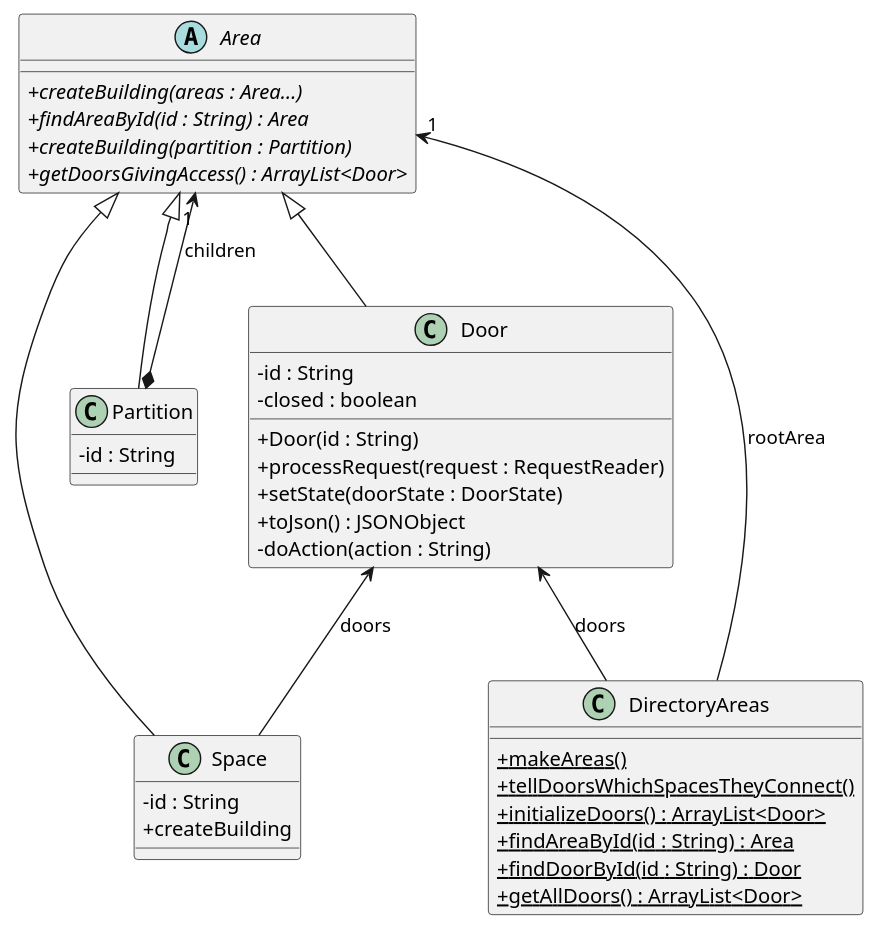
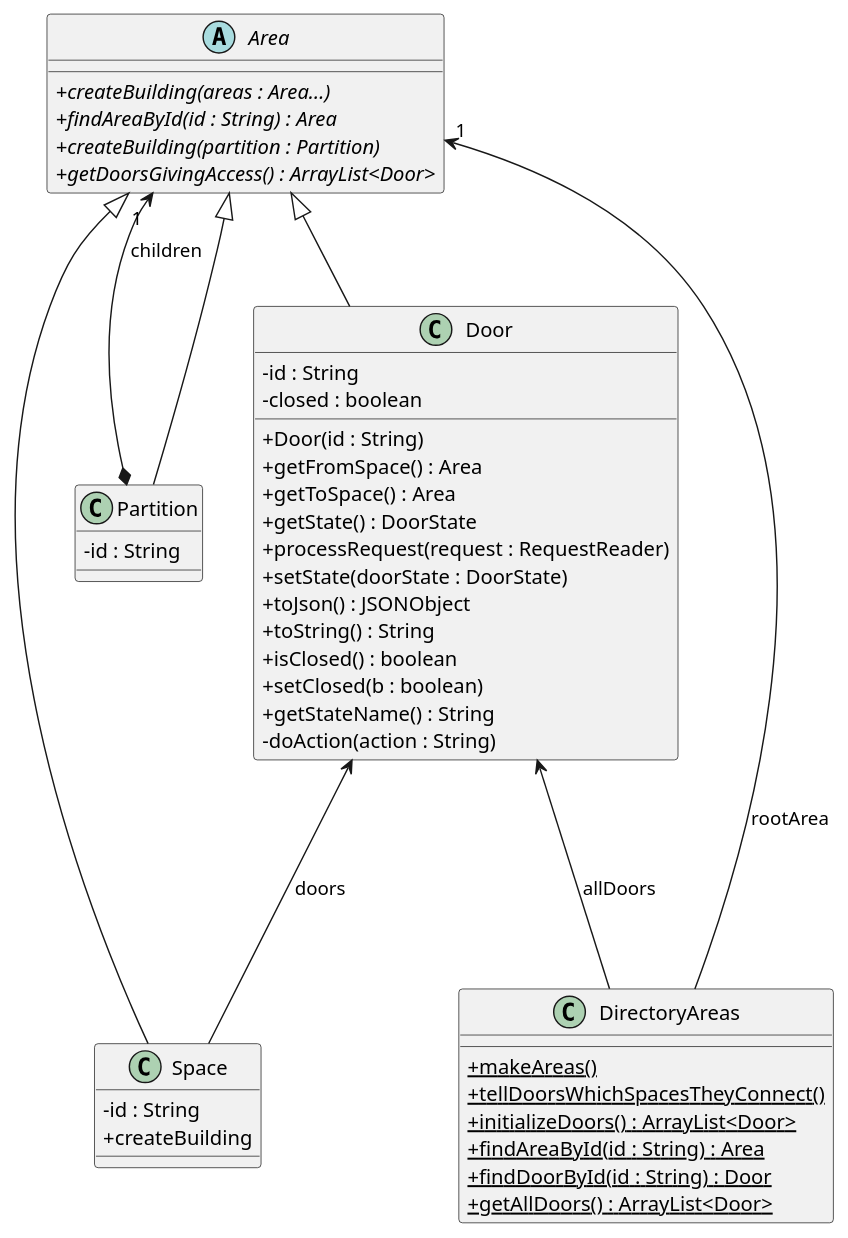
The diagram in src/baseNoStates/uml/partitions.puml (alexuab69/PracticaDS), drawn with PlantUML before and after one commit. The commit also changed 12 other files, not shown here.

Commit message:
Comments + allUml and packages uml's + unused functions and imports

```diff
--- a/src/baseNoStates/uml/partitions.puml
+++ b/src/baseNoStates/uml/partitions.puml
@@ -1,53 +1,57 @@
 @startuml
 'https://plantuml.com/sequence-diagram
 skinparam classAttributeIconSize 0
 
 abstract class Area {
     + {abstract} createBuilding(areas : Area...)
     + {abstract} findAreaById(id : String) : Area
     + {abstract} createBuilding(partition : Partition)
     + {abstract} getDoorsGivingAccess() : ArrayList<Door>
 }
 
 class Space {
     - id : String
     + createBuilding
 }
 
 class Partition {
     - id : String
 
 }
 
-class Door {
-    - id : String
-    - closed : boolean
-    + Door(id : String)
-    + processRequest(request : RequestReader)
-    + setState(doorState : DoorState)
-    + toJson() : JSONObject
-    '+ toString() : String
-    '+ isClosed() :boolean
-    '+ setClosed(b : boolean)
-    '+ getStateName() : String
-    - doAction(action : String)
-}
-
 class DirectoryAreas {
     + {static} makeAreas()
     + {static} tellDoorsWhichSpacesTheyConnect()
     + {static} initializeDoors() : ArrayList<Door>
     + {static} findAreaById(id : String) : Area
     + {static} findDoorById(id : String) : Door
     + {static} getAllDoors() : ArrayList<Door>
 }
 
+class Door {
+    - id : String
+    - closed : boolean
+    + Door(id : String)
+    + getFromSpace() : Area
+    + getToSpace() : Area
+    + getState() : DoorState
+    + processRequest(request : RequestReader)
+    + setState(doorState : DoorState)
+    + toJson() : JSONObject
+    + toString() : String
+    + isClosed() : boolean
+    + setClosed(b : boolean)
+    + getStateName() : String
+    - doAction(action : String)
+}
+
+
 Area "1" <-- DirectoryAreas : "rootArea"
 Area <|-- Partition
 Area <|-- Space
 Area <|-- Door
 Partition *--> "1" Area : "children"
-Door  <--  Space : doors
-Door  <--  DirectoryAreas : doors
+Door  <---  Space : doors
+Door  <---  DirectoryAreas : allDoors
 
 @enduml
```
